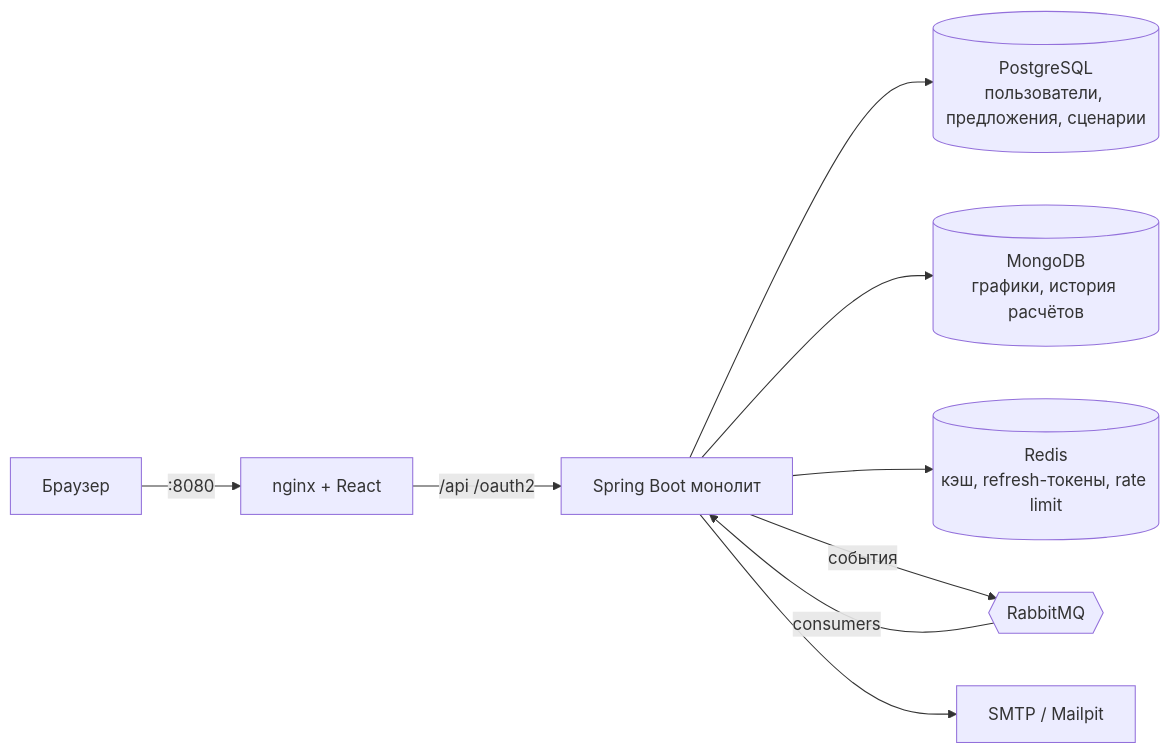
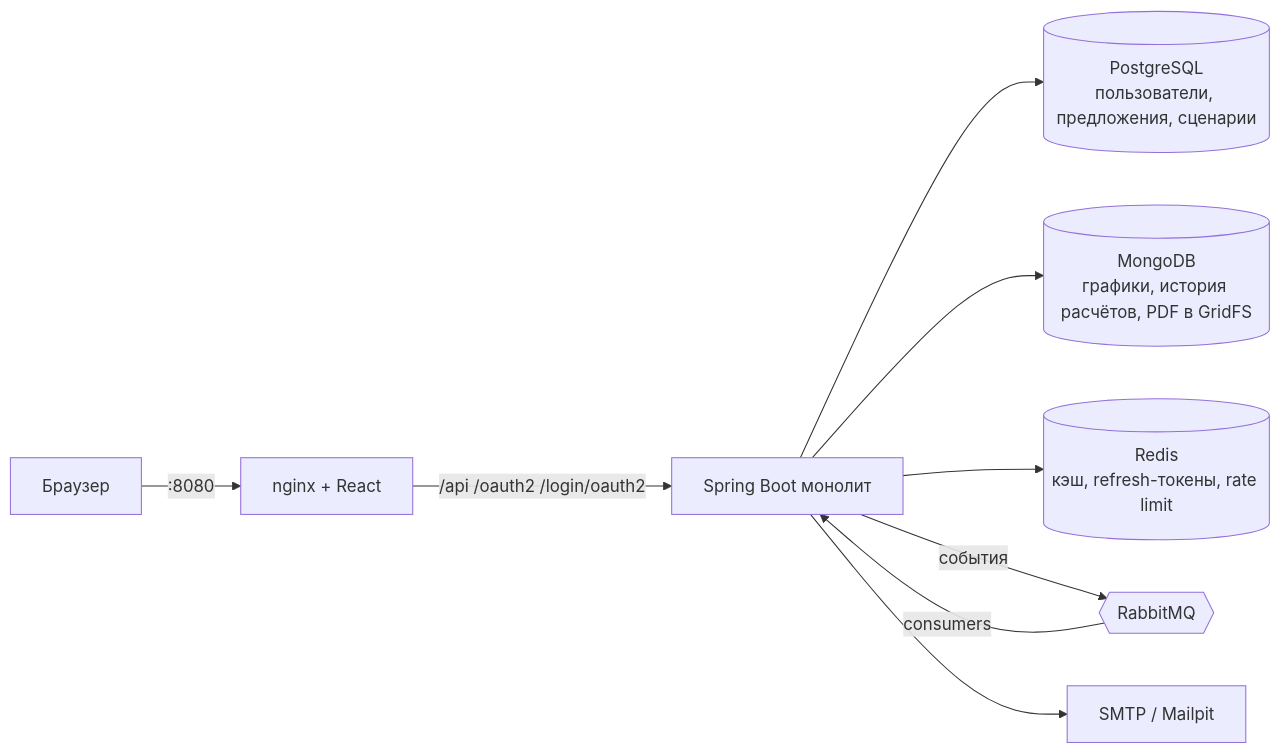
One commit to Ratila1/mortgage-planner changed the diagram in README.md. Above: the diagram before and after it, drawn with Mermaid. The commit also changed other lines of this file, not shown here.

````diff
--- a/README.md
+++ b/README.md
@@ -76,11 +127,11 @@
 ```mermaid
 flowchart LR
   U[Браузер] -->|:8080| N[nginx + React]
-  N -->|/api /oauth2| API[Spring Boot монолит]
+  N -->|/api /oauth2 /login/oauth2| API[Spring Boot монолит]
   API --> PG[(PostgreSQL<br/>пользователи, предложения, сценарии)]
-  API --> MG[(MongoDB<br/>графики, история расчётов)]
+  API --> MG[(MongoDB<br/>графики, история расчётов, PDF в GridFS)]
   API --> RD[(Redis<br/>кэш, refresh-токены, rate limit)]
   API -->|события| MQ{{RabbitMQ}}
   MQ -->|consumers| API
   API --> SMTP[SMTP / Mailpit]
 ```
````
